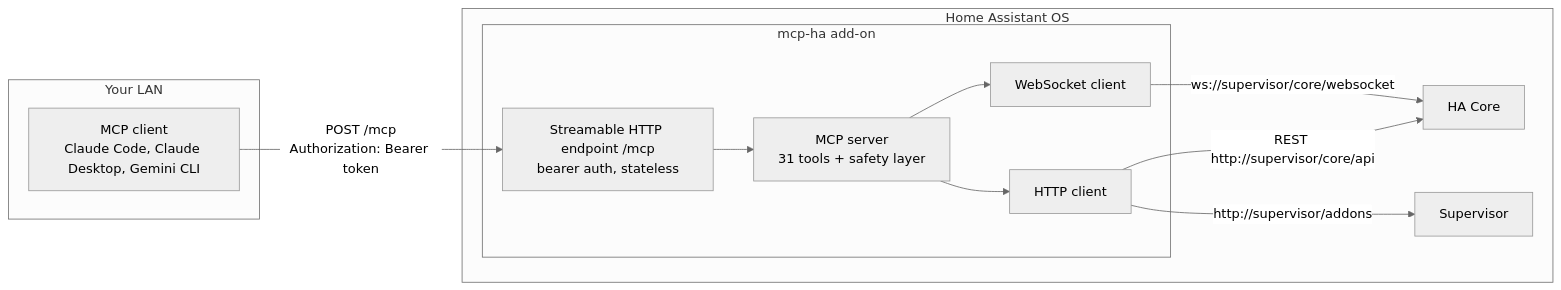
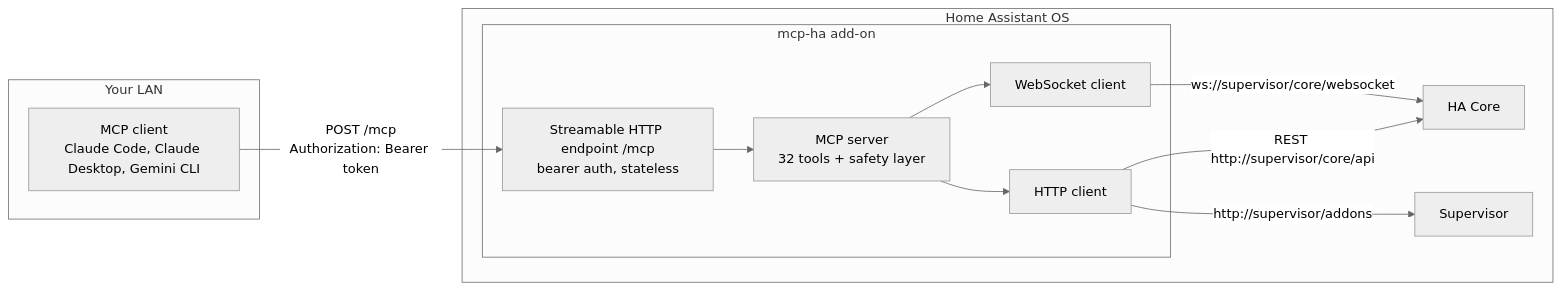
One commit to Devitek/mcp-ha changed the first of 3 diagrams in docs/reference/architecture.md. Above: the diagram before and after it, drawn with Mermaid (neutral theme). The commit also changed 19 other files, not shown here.

````diff
--- a/docs/reference/architecture.md
+++ b/docs/reference/architecture.md
@@ -7,23 +7,23 @@
 ```mermaid
 flowchart LR
   subgraph lan["Your LAN"]
     C["MCP client<br/>Claude Code, Claude Desktop, Gemini CLI"]
   end
   subgraph haos["Home Assistant OS"]
     subgraph addon["mcp-ha add-on"]
       T["Streamable HTTP endpoint /mcp<br/>bearer auth, stateless"]
-      S["MCP server<br/>31 tools + safety layer"]
+      S["MCP server<br/>32 tools + safety layer"]
       W["WebSocket client"]
       H["HTTP client"]
       T --> S
       S --> W
       S --> H
     end
     CORE["HA Core"]
     SUP["Supervisor"]
     W -->|"ws://supervisor/core/websocket"| CORE
     H -->|"REST http://supervisor/core/api"| CORE
     H -->|"http://supervisor/addons"| SUP
   end
   C -->|"POST /mcp<br/>Authorization: Bearer token"| T
 ```
````
